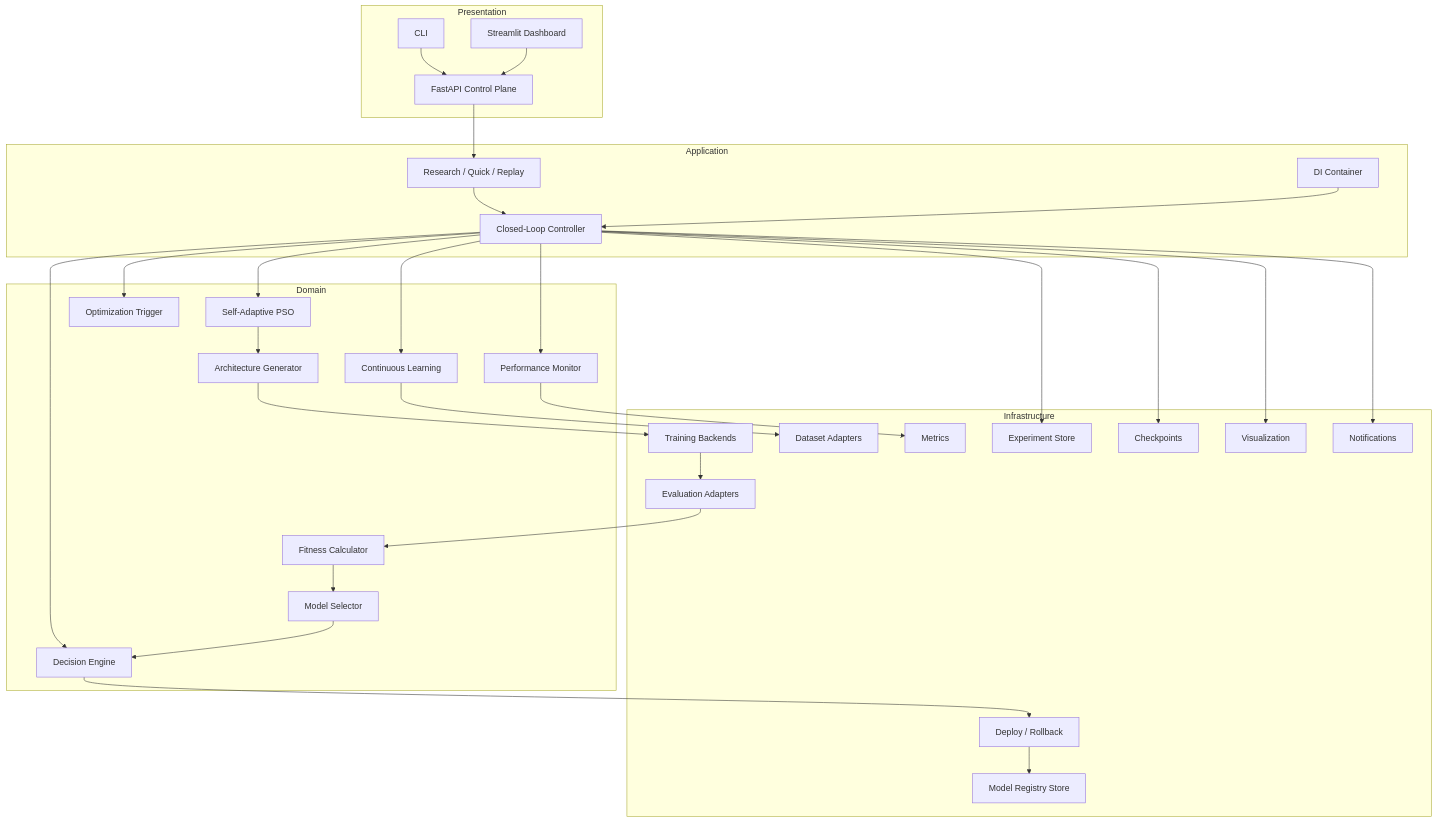
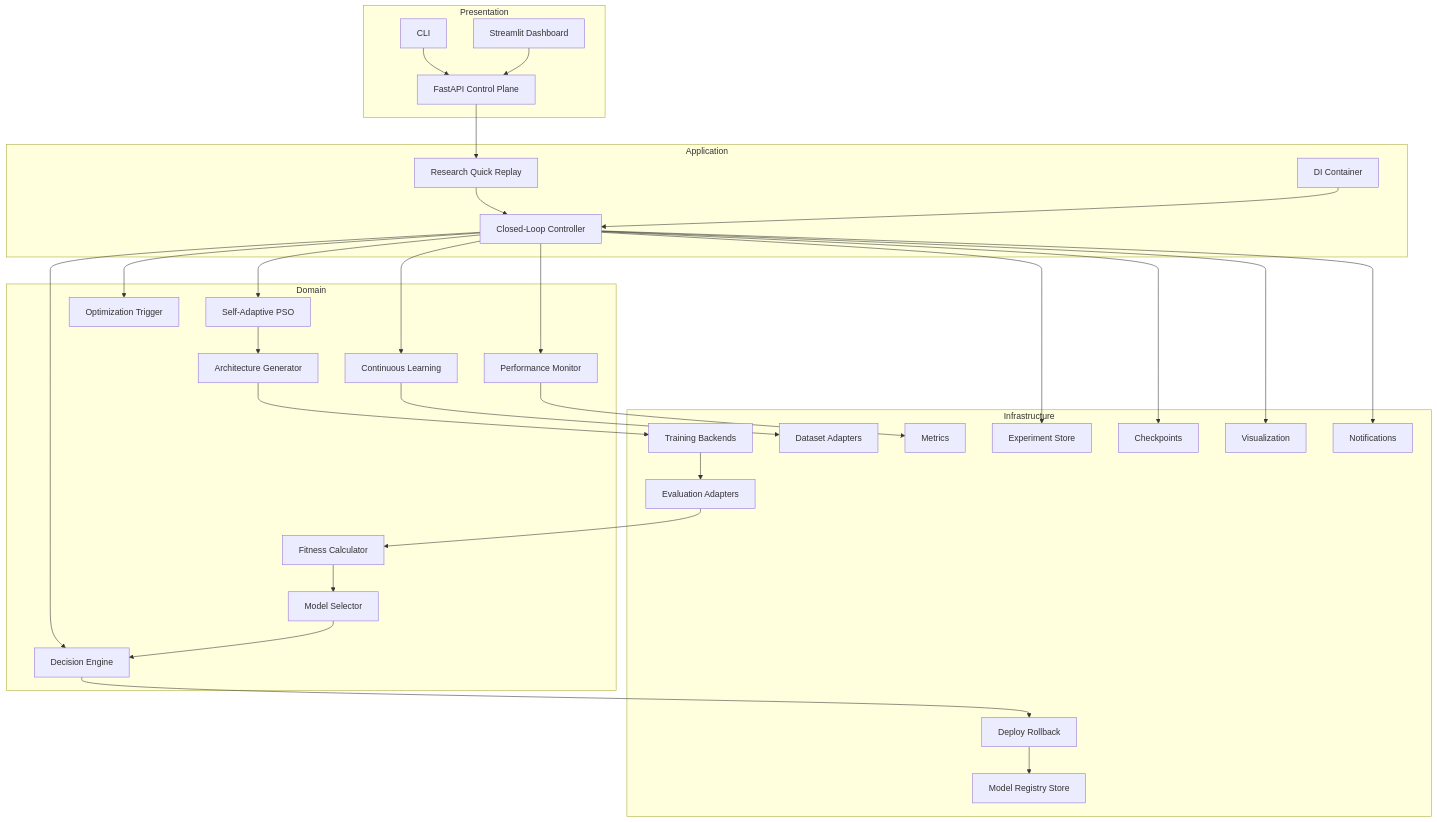
One commit to CoderAnush/EvoNAS changed the second of 6 diagrams in README.md. Above: the diagram before and after it, drawn with Mermaid. The commit also changed other lines of this file, not shown here.

First line of the commit message:
Fix Mermaid diagrams for GitHub rendering.

````diff
--- a/README.md
+++ b/README.md
@@ -199,63 +199,63 @@
 ```mermaid
 flowchart TB
   subgraph Presentation
     CLI[CLI]
-    API[FastAPI Control Plane]
-    UI[Streamlit Dashboard]
+    API["FastAPI Control Plane"]
+    UI["Streamlit Dashboard"]
   end
 
   subgraph Application
-    CLC[Closed-Loop Controller]
-    Modes[Research / Quick / Replay]
-    DI[DI Container]
+    CLC["Closed-Loop Controller"]
+    Modes["Research Quick Replay"]
+    DI["DI Container"]
   end
 
   subgraph Domain
-    DE[Decision Engine]
-    OT[Optimization Trigger]
-    SAPSO[Self-Adaptive PSO]
-    AG[Architecture Generator]
-    FIT[Fitness Calculator]
-    SEL[Model Selector]
-    CLE[Continuous Learning]
-    MON[Performance Monitor]
+    DE["Decision Engine"]
+    OT["Optimization Trigger"]
+    SAPSO["Self-Adaptive PSO"]
+    AG["Architecture Generator"]
+    FIT["Fitness Calculator"]
+    SEL["Model Selector"]
+    CLE["Continuous Learning"]
+    MON["Performance Monitor"]
   end
 
   subgraph Infrastructure
-    DATA[Dataset Adapters]
-    TR[Training Backends]
-    EV[Evaluation Adapters]
-    REG[Model Registry Store]
-    DEP[Deploy / Rollback]
-    EXP[Experiment Store]
+    DATA["Dataset Adapters"]
+    TR["Training Backends"]
+    EV["Evaluation Adapters"]
+    REG["Model Registry Store"]
+    DEP["Deploy Rollback"]
+    EXP["Experiment Store"]
     CKPT[Checkpoints]
     MET[Metrics]
     VIS[Visualization]
     NOT[Notifications]
   end
 
   CLI --> API
   UI --> API
   API --> Modes
   Modes --> CLC
   DI --> CLC
   CLC --> DE
   CLC --> OT
   CLC --> SAPSO
   CLC --> CLE
   CLC --> MON
   SAPSO --> AG
   AG --> TR
   TR --> EV
   EV --> FIT
   FIT --> SEL
   SEL --> DE
   DE --> DEP
   CLE --> DATA
   DEP --> REG
   CLC --> EXP
   CLC --> CKPT
   MON --> MET
   CLC --> VIS
   CLC --> NOT
 ```
````
